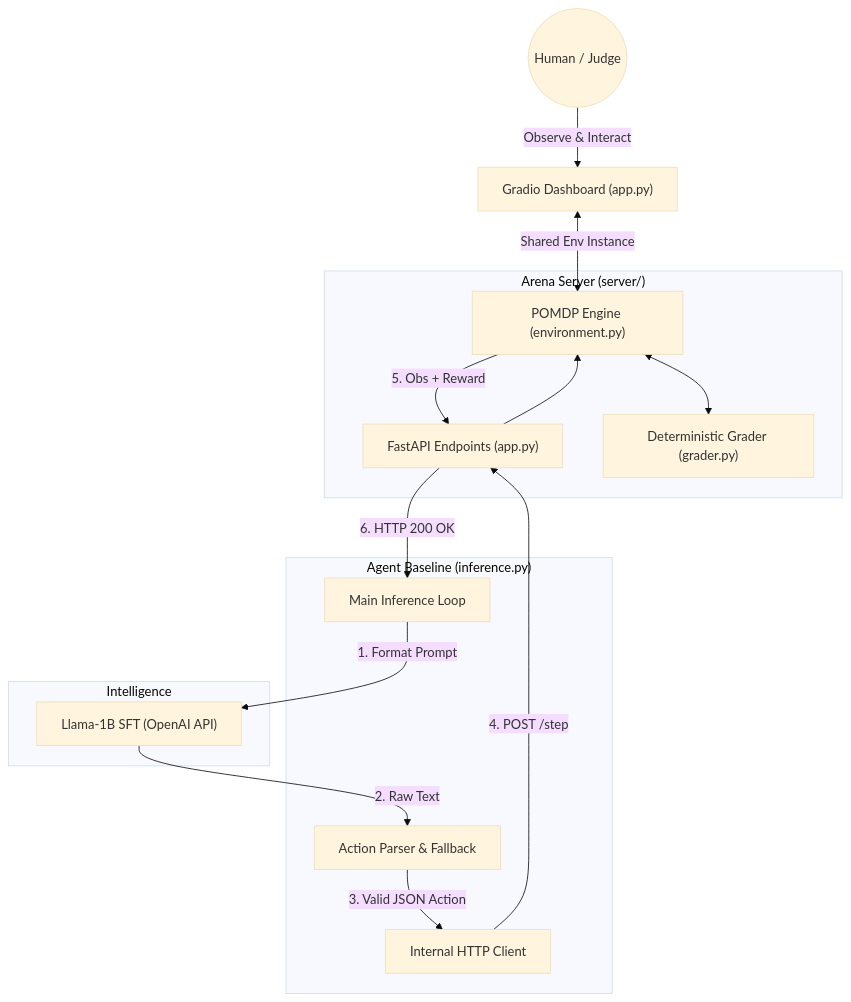
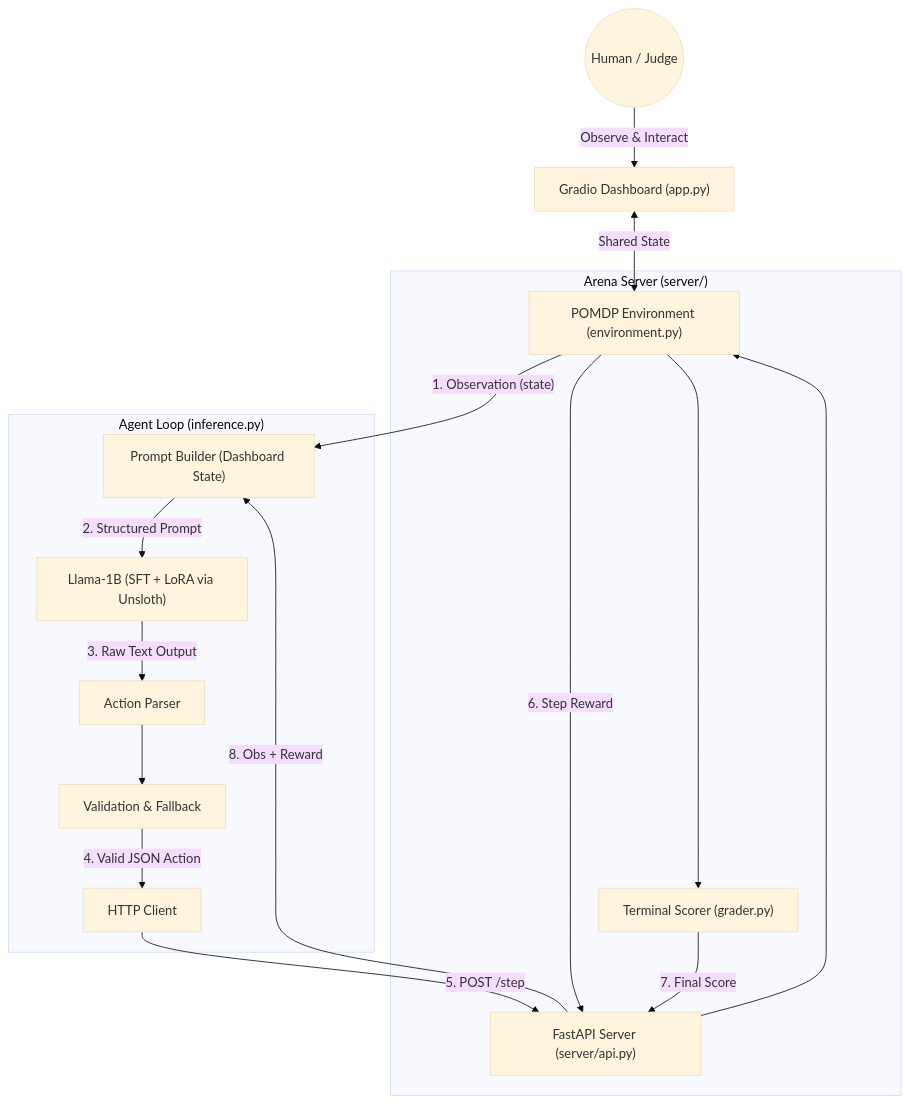
The diagram in README.md (KundhanMiriyala/Agent-Hire-Arena), drawn with Mermaid (base theme) before and after one commit. The commit also changed other lines of this file, not shown here.

````diff
--- a/README.md
+++ b/README.md
@@ -160,37 +236,44 @@
 ```mermaid
 flowchart TD
+
+    %% User Interaction
     User(("Human / Judge")) -->|"Observe & Interact"| UI["Gradio Dashboard (app.py)"]
 
+    %% Environment
     subgraph Env ["Arena Server (server/)"]
-        API["FastAPI Endpoints (app.py)"]
-        Engine["POMDP Engine (environment.py)"]
-        Grader["Deterministic Grader (grader.py)"]
+        API["FastAPI Server (server/api.py)"]
+        Engine["POMDP Environment (environment.py)"]
+        Grader["Terminal Scorer (grader.py)"]
     end
 
-    subgraph Agent ["Agent Baseline (inference.py)"]
-        Loop["Main Inference Loop"]
-        Parser["Action Parser & Fallback"]
-        Client["Internal HTTP Client"]
+    %% Agent System
+    subgraph Agent ["Agent Loop (inference.py)"]
+        Prompt["Prompt Builder (Dashboard State)"]
+        Model["Llama-1B (SFT + LoRA via Unsloth)"]
+        Parser["Action Parser"]
+        Validator["Validation & Fallback"]
+        Client["HTTP Client"]
     end
 
-    subgraph LLM ["Intelligence"]
-        Model["Llama-1B SFT (OpenAI API)"]
-    end
+    %% Flow: Observation → Action
+    Engine -- "1. Observation (state)" --> Prompt
+    Prompt -- "2. Structured Prompt" --> Model
+    Model -- "3. Raw Text Output" --> Parser
+    Parser --> Validator
+    Validator -- "4. Valid JSON Action" --> Client
 
-    %% UI to Environment
-    UI <-->|"Shared Env Instance"| Engine
+    %% Action Execution
+    Client -- "5. POST /step" --> API
+    API --> Engine
 
-    %% Agent Intelligence Flow
-    Loop -- "1. Format Prompt" --> Model
-    Model -- "2. Raw Text" --> Parser
-    Parser -- "3. Valid JSON Action" --> Client
+    %% Reward Flow
+    Engine -- "6. Step Reward" --> API
+    Engine --> Grader
+    Grader -- "7. Final Score" --> API
 
-    %% HTTP Boundary
-    Client -- "4. POST /step" --> API
+    %% Feedback Loop
+    API -- "8. Obs + Reward" --> Prompt
 
-    %% Environment Internal Logic
-    API --> Engine
-    Engine <--> Grader
-    Engine -- "5. Obs + Reward" --> API
-    API -- "6. HTTP 200 OK" --> Loop
+    %% UI connection
+    UI <-->|"Shared State"| Engine
 ```
````
